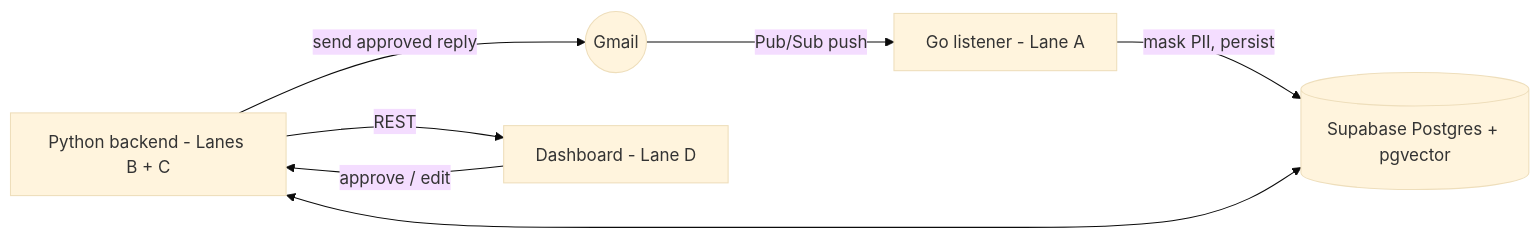
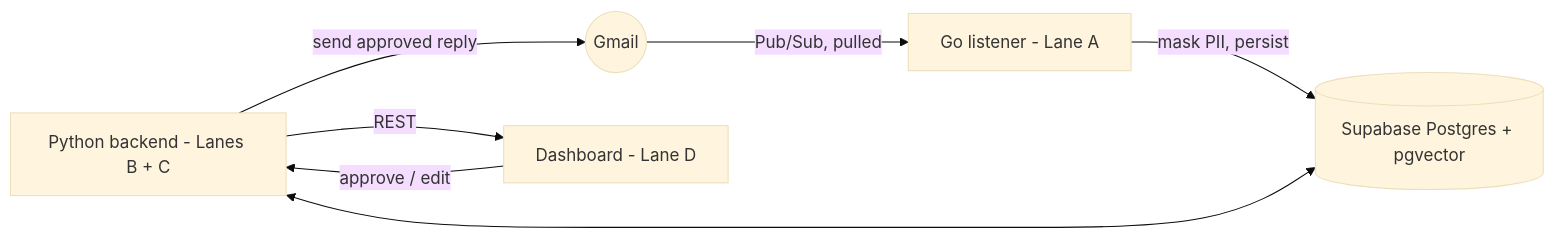
The diagram in specs/architecture.md (MDS25-2026/AIMail), drawn with Mermaid (base theme) before and after one commit. The commit also changed 91 other files, not shown here.

````diff
--- a/specs/architecture.md
+++ b/specs/architecture.md
@@ -18,9 +18,9 @@
 ```mermaid
 flowchart LR
-    Gmail((Gmail)) -->|Pub/Sub push| listener[Go listener - Lane A]
+    Gmail((Gmail)) -->|Pub/Sub, pulled| listener[Go listener - Lane A]
     listener -->|mask PII, persist| db[(Supabase Postgres + pgvector)]
     backend[Python backend - Lanes B + C] <--> db
     backend -->|REST| frontend[Dashboard - Lane D]
     frontend -->|approve / edit| backend
     backend -->|send approved reply| Gmail
 ```
````
